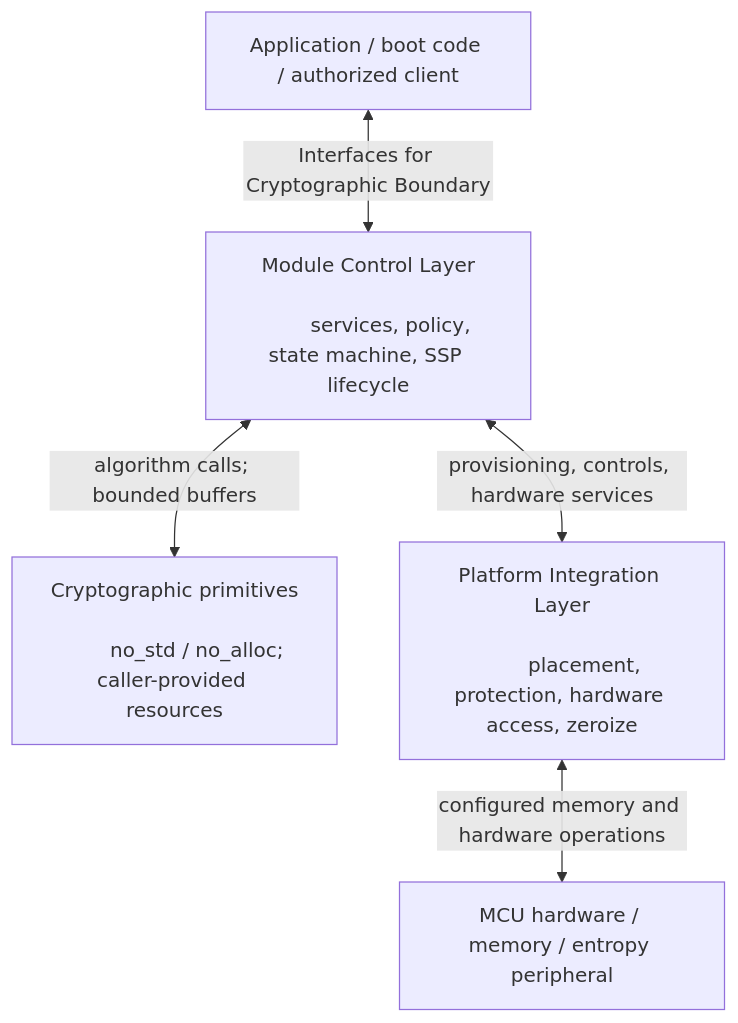
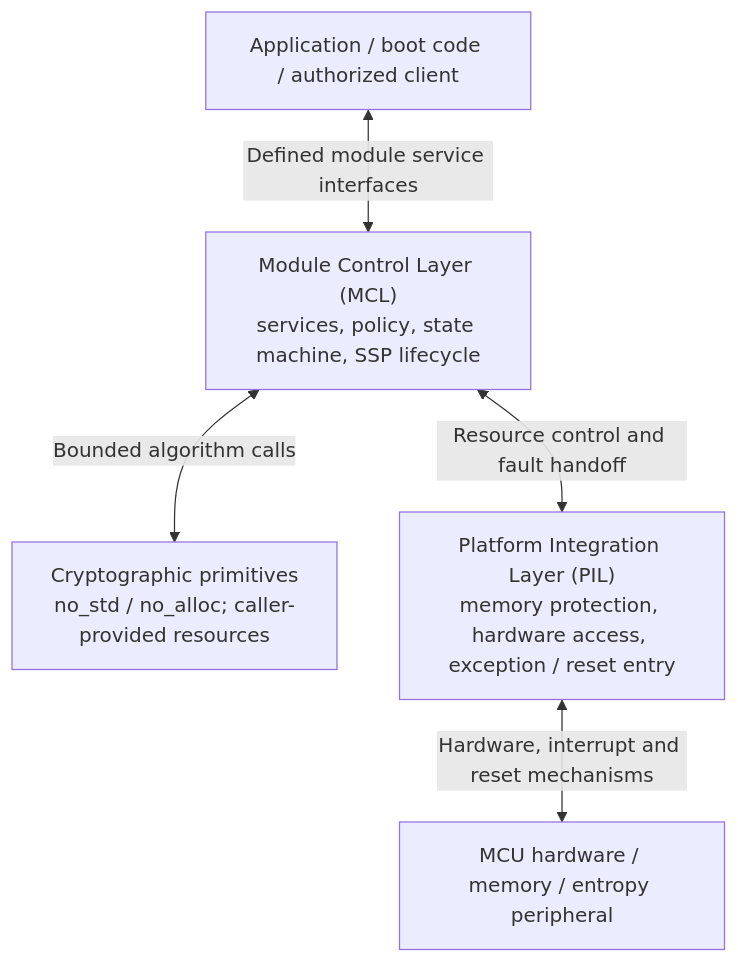
The diagram in docs/assurance/architecture.md (kytheros-com/embedded-crypto), drawn with Mermaid before and after one commit. The commit also changed other lines of this file and 4 other files, not shown here.

Commit message:
docs: reconcile layered architecture, fault recovery, and assurance governance

````diff
--- a/docs/assurance/architecture.md
+++ b/docs/assurance/architecture.md
@@ -46,16 +48,13 @@
 ```mermaid
 flowchart TB
-    Caller[Application / boot code / authorized client]
-    MCL[Module Control Layer<br/>
-        services, policy, state machine, SSP lifecycle]
-    Crypto[Cryptographic primitives<br>
-        no_std / no_alloc; caller-provided resources]
-    PIL[Platform Integration Layer<br/>
-        placement, protection, hardware access, zeroize]
-    HW[MCU hardware / memory / entropy peripheral]
+    Caller["Application / boot code / authorized client"]
+    MCL["Module Control Layer (MCL)<br/>services, policy, state machine, SSP lifecycle"]
+    Crypto["Cryptographic primitives<br/>no_std / no_alloc; caller-provided resources"]
+    PIL["Platform Integration Layer (PIL)<br/>memory protection, hardware access, exception / reset entry"]
+    HW["MCU hardware / memory / entropy peripheral"]
 
-    Caller <-->|Interfaces for Cryptographic Boundary| MCL
-    MCL    <-->|algorithm calls; bounded buffers| Crypto
-    MCL    <-->|provisioning, controls, hardware services| PIL
-    PIL    <-->|configured memory and hardware operations| HW
+    Caller <-->|"Defined module service interfaces"| MCL
+    MCL <-->|"Bounded algorithm calls"| Crypto
+    MCL <-->|"Resource control and fault handoff"| PIL
+    PIL <-->|"Hardware, interrupt and reset mechanisms"| HW
 ```
````
